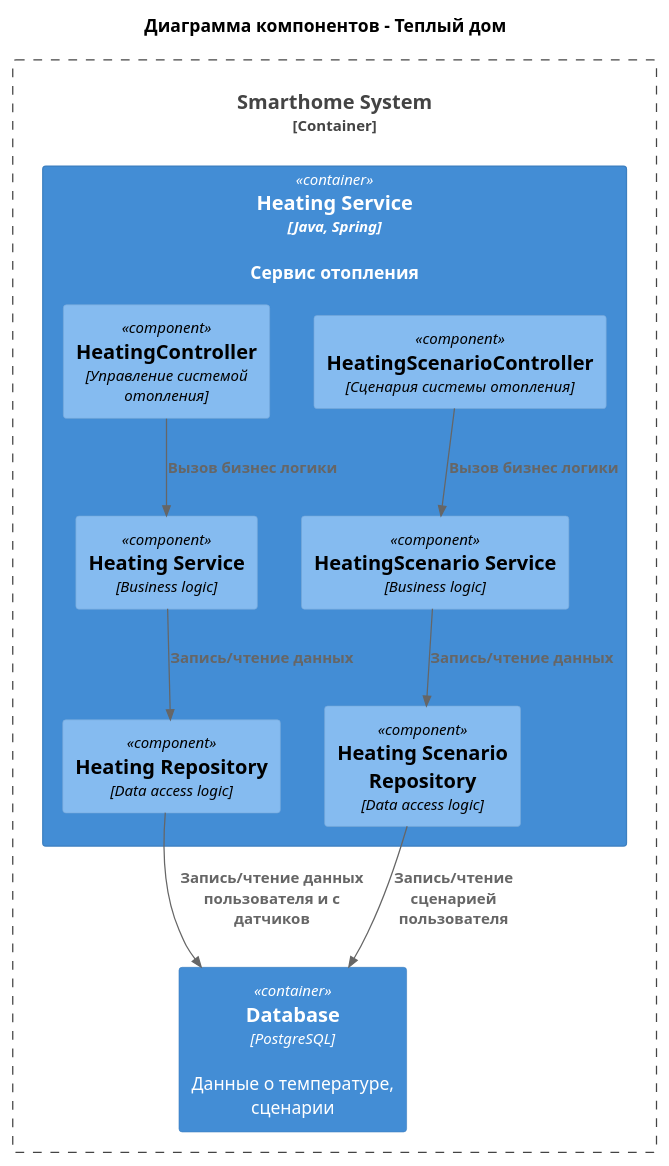
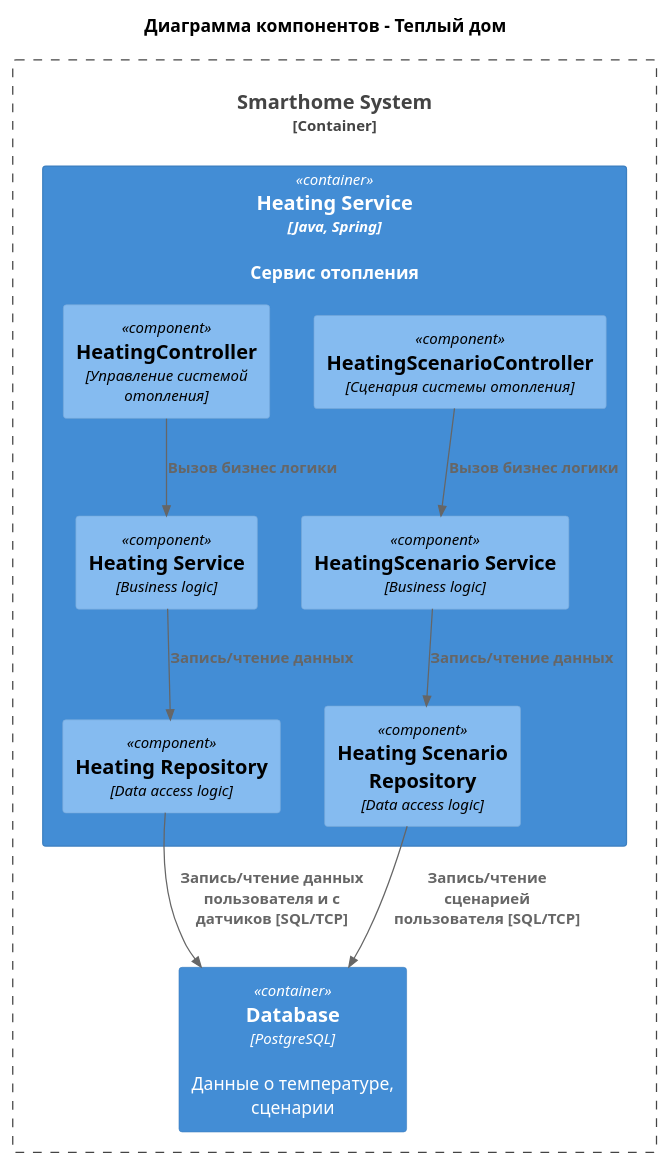
One commit to fireflysmk/architecture-sprint-3 changed the diagram in diagrams/task2/to_be/task2_component_to_be.puml. Above: the diagram before and after it, drawn with PlantUML. The commit also changed 6 other files, not shown here.

```diff
--- a/diagrams/task2/to_be/task2_component_to_be.puml
+++ b/diagrams/task2/to_be/task2_component_to_be.puml
@@ -1,28 +1,28 @@
 @startuml
 title Диаграмма компонентов - Теплый дом
 
 top to bottom direction
 
 !includeurl https://raw.githubusercontent.com/RicardoNiepel/C4-PlantUML/master/C4_Component.puml
 
 Container_Boundary(SmartHomeSystem, "Smarthome System") {
   Container(WebApp, "Heating Service", "Java, Spring", "Сервис отопления")
   Container(Database, "Database", "PostgreSQL", "Данные о температуре, сценарии ")
 }
 
 Container(WebApp, "Web Application", "Java, Spring") {
   Component(HeatingController, "HeatingController", "Управление системой отопления")
   Component(HeatingScenarioController, "HeatingScenarioController", "Сценария системы отопления")
   Component(HeatingService, "Heating Service", "Business logic")
   Component(HeatingScenarioService, "HeatingScenario Service", "Business logic")
   Component(HeatingRepository, "Heating Repository", "Data access logic")
   Component(HeatingScenarioRepository, "Heating Scenario Repository", "Data access logic")
 }
 
 Rel(HeatingController,HeatingService,"Вызов бизнес логики")
 Rel(HeatingService,HeatingRepository,"Запись/чтение данных")
-Rel(HeatingRepository,Database,"Запись/чтение данных пользователя и с датчиков")
+Rel(HeatingRepository,Database,"Запись/чтение данных пользователя и с датчиков [SQL/TCP]")
 Rel(HeatingScenarioController,HeatingScenarioService,"Вызов бизнес логики")
 Rel(HeatingScenarioService,HeatingScenarioRepository,"Запись/чтение данных")
-Rel(HeatingScenarioRepository,Database,"Запись/чтение сценарией пользователя")
+Rel(HeatingScenarioRepository,Database,"Запись/чтение сценарией пользователя [SQL/TCP]")
 @enduml
```
